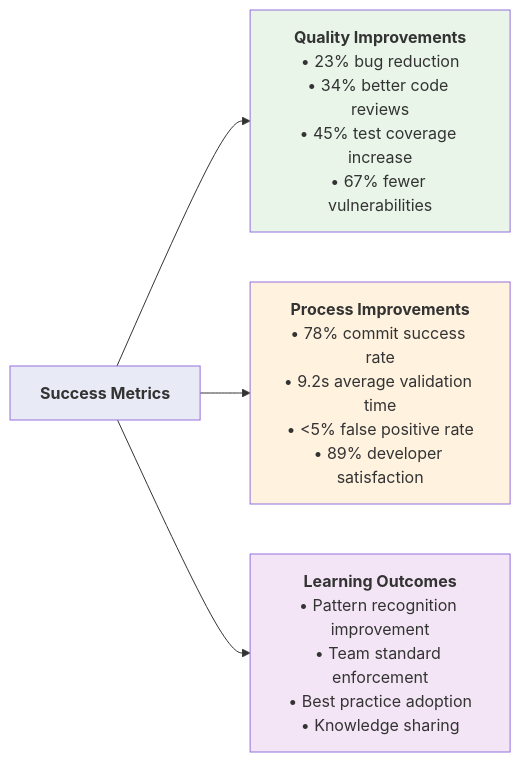
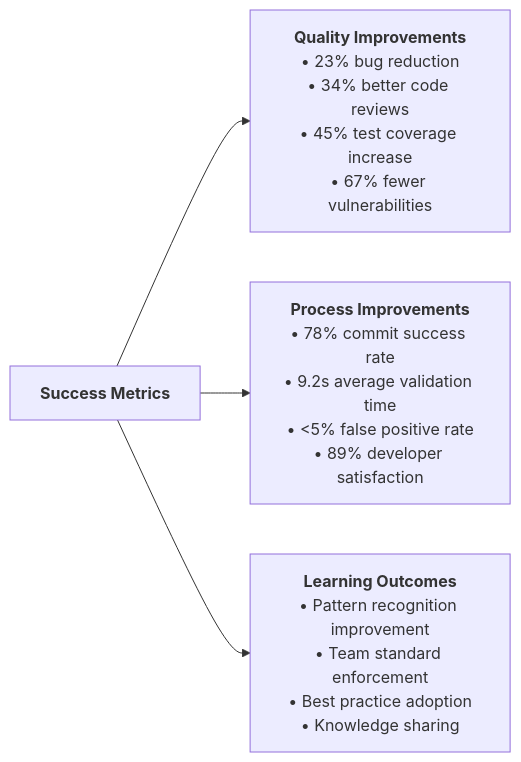
Before and after one commit to geogoesbeepboop/mastro: the tenth of 10 diagrams in docs/diagrams/mastro-hooks-flow.md, drawn with Mermaid. The commit also changed other lines of this file and 5 other files, not shown here.

First line of the commit message:
docs: update analytics and flow diagrams for clarity

````diff
--- a/docs/diagrams/mastro-hooks-flow.md
+++ b/docs/diagrams/mastro-hooks-flow.md
@@ -449,25 +465,27 @@
 ```mermaid
+
 graph LR
     SM["`**Success Metrics**`"] --> QI["`**Quality Improvements**
     • 23% bug reduction
     • 34% better code reviews
     • 45% test coverage increase
     • 67% fewer vulnerabilities`"]
     
     SM --> PI["`**Process Improvements**
     • 78% commit success rate
     • 9.2s average validation time
     • <5% false positive rate
     • 89% developer satisfaction`"]
     
     SM --> LO["`**Learning Outcomes**
     • Pattern recognition improvement
     • Team standard enforcement
     • Best practice adoption
     • Knowledge sharing`"]
 
-    style SM fill:#e8eaf6
-    style QI fill:#e8f5e8
-    style PI fill:#fff3e0
-    style LO fill:#f3e5f5
+    style SM fill:#e8eaf6 color:#000000
+    style QI fill:#e8f5e8 color:#000000
+    style PI fill:#fff3e0 color:#000000
+    style LO fill:#f3e5f5 color:#000000
+
 ```
````
